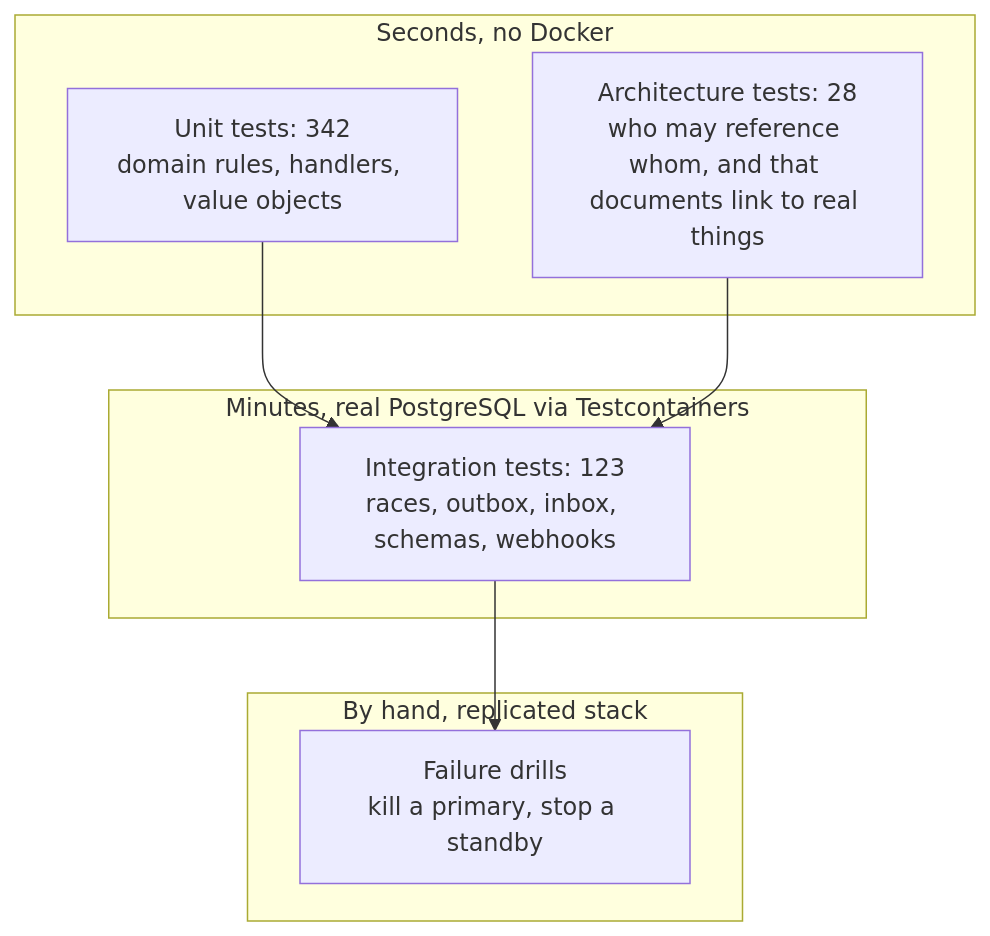
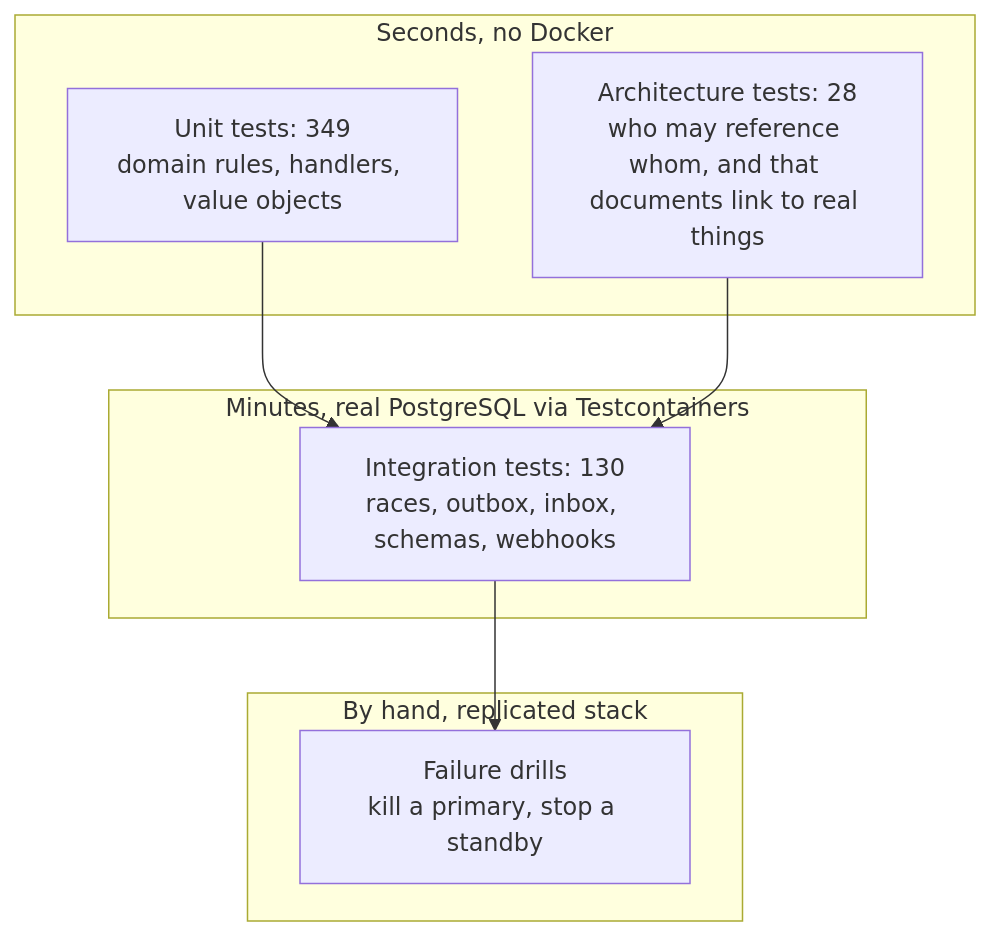
The first of 2 diagrams in docs/TESTS_THAT_TEACH.md (maysamgamini/crowdfundinghub), drawn with Mermaid before and after one commit. The commit also changed other lines of this file and 27 other files, not shown here.

````diff
--- a/docs/TESTS_THAT_TEACH.md
+++ b/docs/TESTS_THAT_TEACH.md
@@ -7,16 +7,16 @@
 ```mermaid
 flowchart TB
     subgraph Fast["Seconds, no Docker"]
-        U["Unit tests: 342<br/>domain rules, handlers, value objects"]
+        U["Unit tests: 349<br/>domain rules, handlers, value objects"]
         A["Architecture tests: 28<br/>who may reference whom, and that documents link to real things"]
     end
     subgraph Slow["Minutes, real PostgreSQL via Testcontainers"]
-        I["Integration tests: 123<br/>races, outbox, inbox, schemas, webhooks"]
+        I["Integration tests: 130<br/>races, outbox, inbox, schemas, webhooks"]
     end
     subgraph Drills["By hand, replicated stack"]
         D["Failure drills<br/>kill a primary, stop a standby"]
     end
     U --> I
     A --> I
     I --> D
 ```
````
